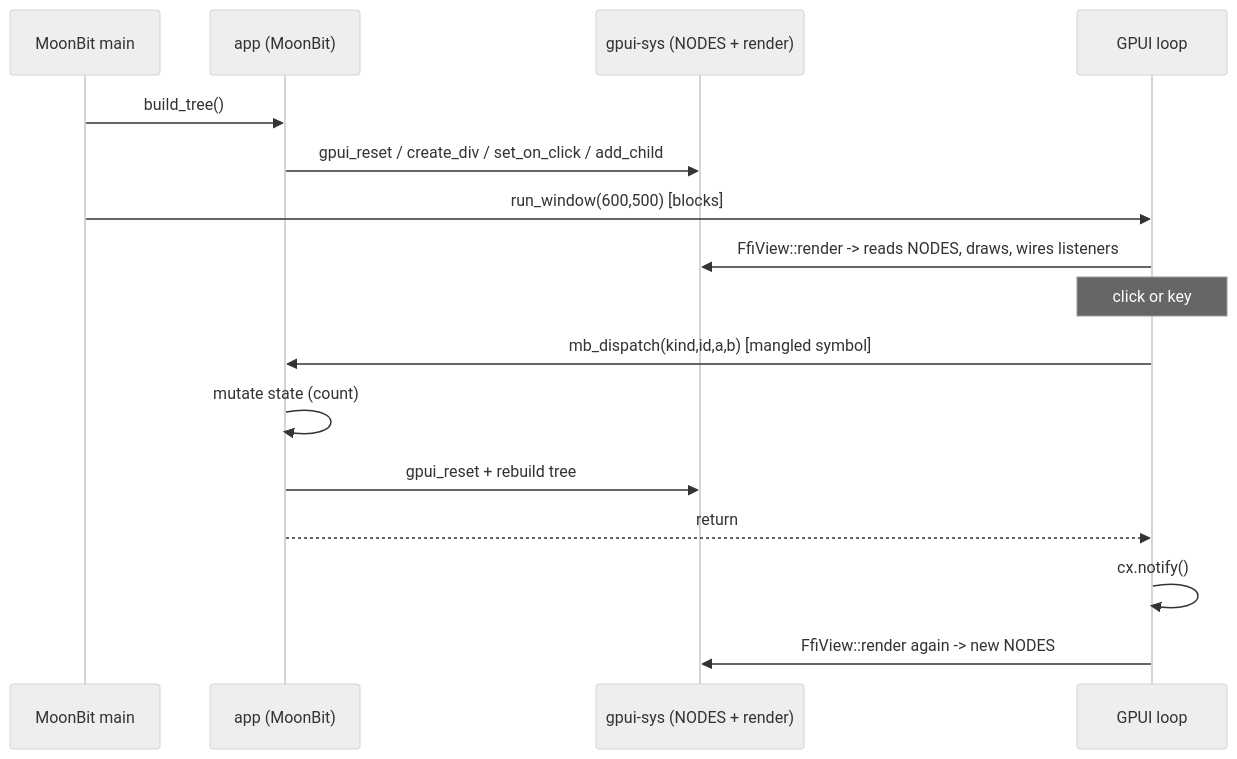
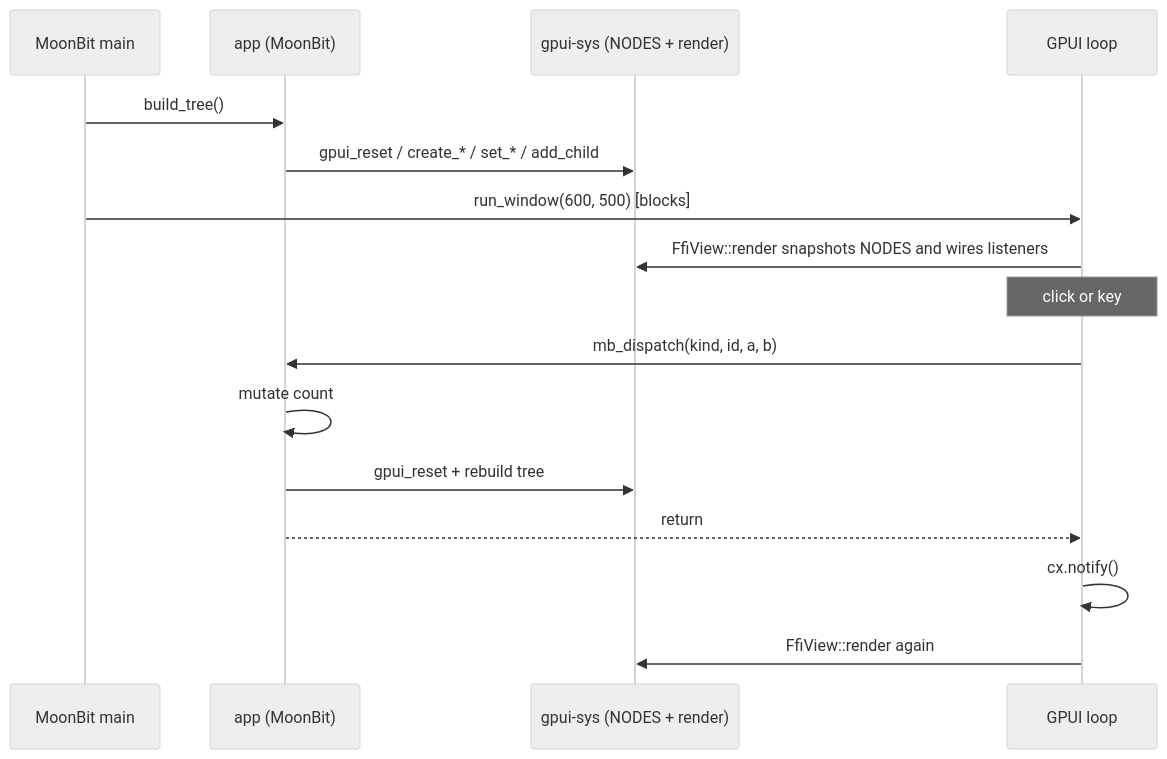
The diagram in docs/architecture.md (nakake/gpui-moonbit), drawn with Mermaid (neutral theme) before and after one commit. The commit also changed other lines of this file and 7 other files, not shown here.

````diff
--- a/docs/architecture.md
+++ b/docs/architecture.md
@@ -77,18 +81,18 @@
 ```mermaid
 sequenceDiagram
   participant M as MoonBit main
   participant A as app (MoonBit)
   participant S as gpui-sys (NODES + render)
   participant G as GPUI loop
   M->>A: build_tree()
-  A->>S: gpui_reset / create_div / set_on_click / add_child
-  M->>G: run_window(600,500)  [blocks]
-  G->>S: FfiView::render -> reads NODES, draws, wires listeners
+  A->>S: gpui_reset / create_* / set_* / add_child
+  M->>G: run_window(600, 500) [blocks]
+  G->>S: FfiView::render snapshots NODES and wires listeners
   Note over G: click or key
-  G->>A: mb_dispatch(kind,id,a,b)  [mangled symbol]
-  A->>A: mutate state (count)
+  G->>A: mb_dispatch(kind, id, a, b)
+  A->>A: mutate count
   A->>S: gpui_reset + rebuild tree
   A-->>G: return
   G->>G: cx.notify()
-  G->>S: FfiView::render again -> new NODES
+  G->>S: FfiView::render again
 ```
````
